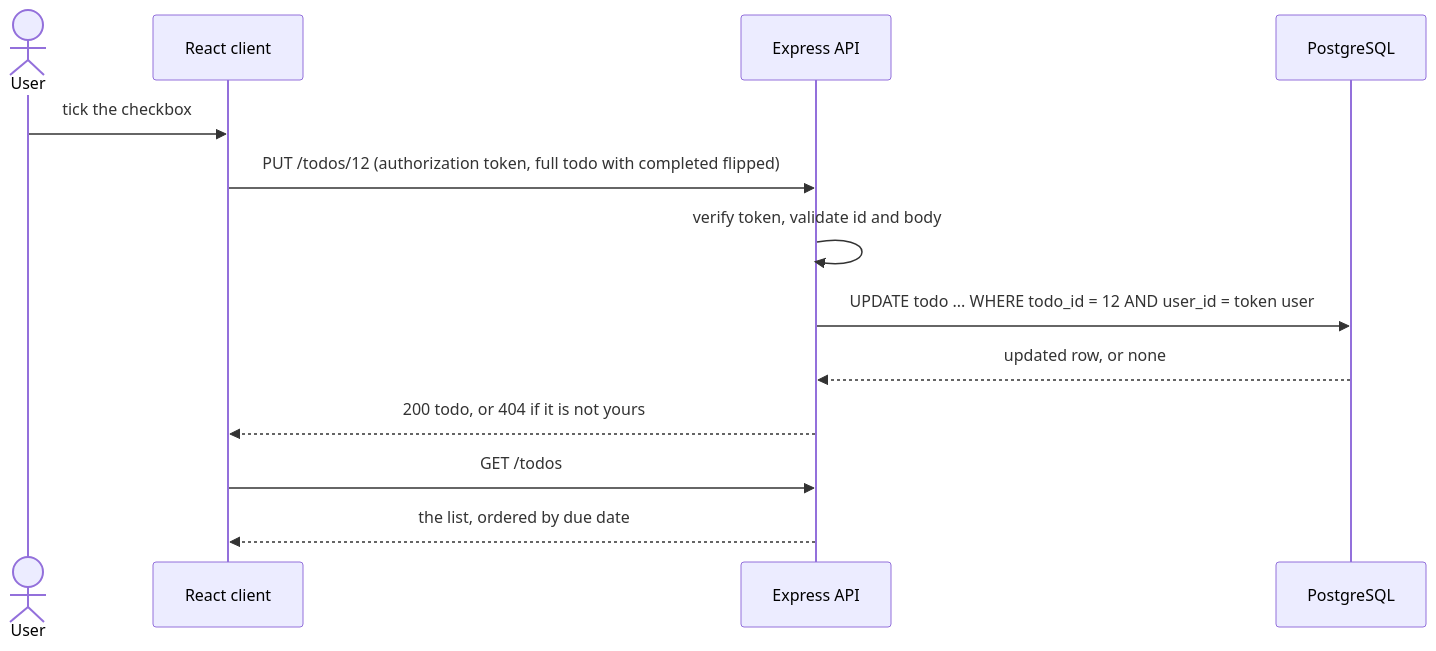
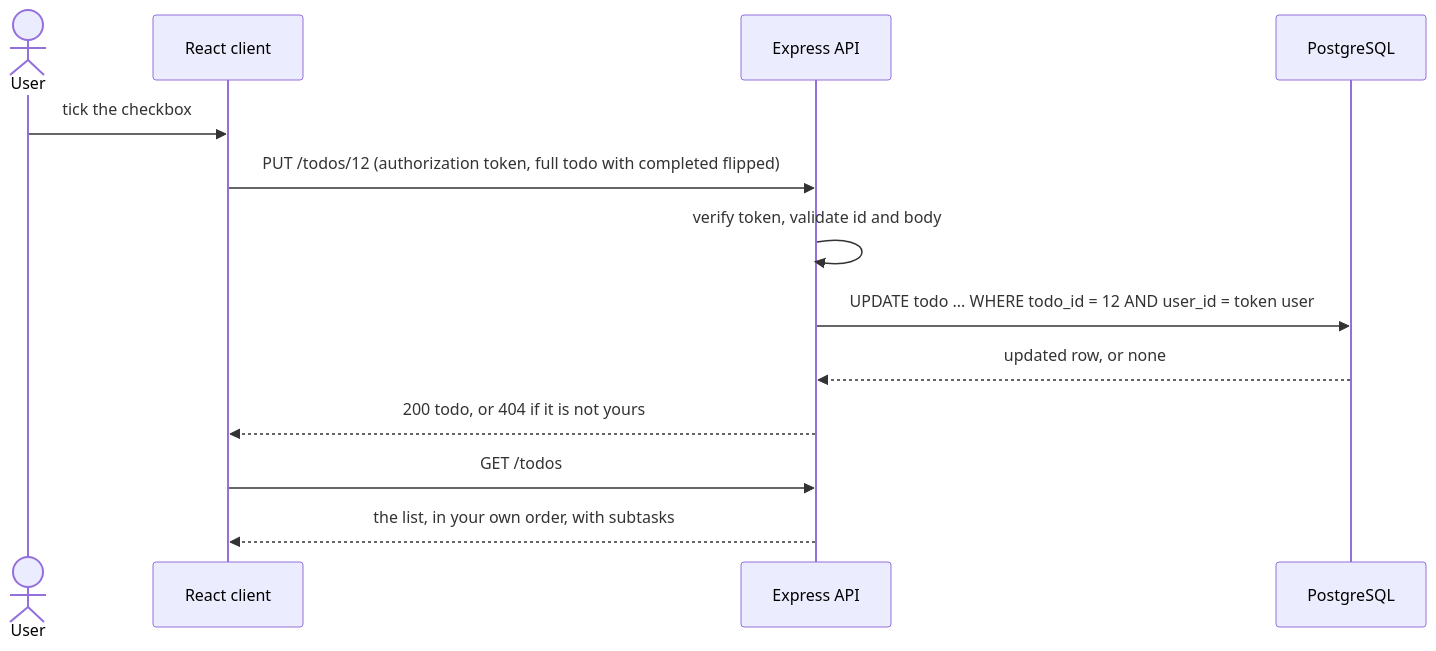
Before and after one commit to A-RYAN-1/todo-app-pern: the second of 2 diagrams in README.md, drawn with Mermaid. The commit also changed other lines of this file and 14 other files, not shown here.

Commit message:
Add subtasks with progress and your own todo order (TP-F5) (#14)

````diff
--- a/README.md
+++ b/README.md
@@ -145,15 +150,15 @@
 ```mermaid
 sequenceDiagram
     actor User
     participant Client as React client
     participant API as Express API
     participant DB as PostgreSQL
     User->>Client: tick the checkbox
     Client->>API: PUT /todos/12 (authorization token, full todo with completed flipped)
     API->>API: verify token, validate id and body
     API->>DB: UPDATE todo ... WHERE todo_id = 12 AND user_id = token user
     DB-->>API: updated row, or none
     API-->>Client: 200 todo, or 404 if it is not yours
     Client->>API: GET /todos
-    API-->>Client: the list, ordered by due date
+    API-->>Client: the list, in your own order, with subtasks
 ```
````
